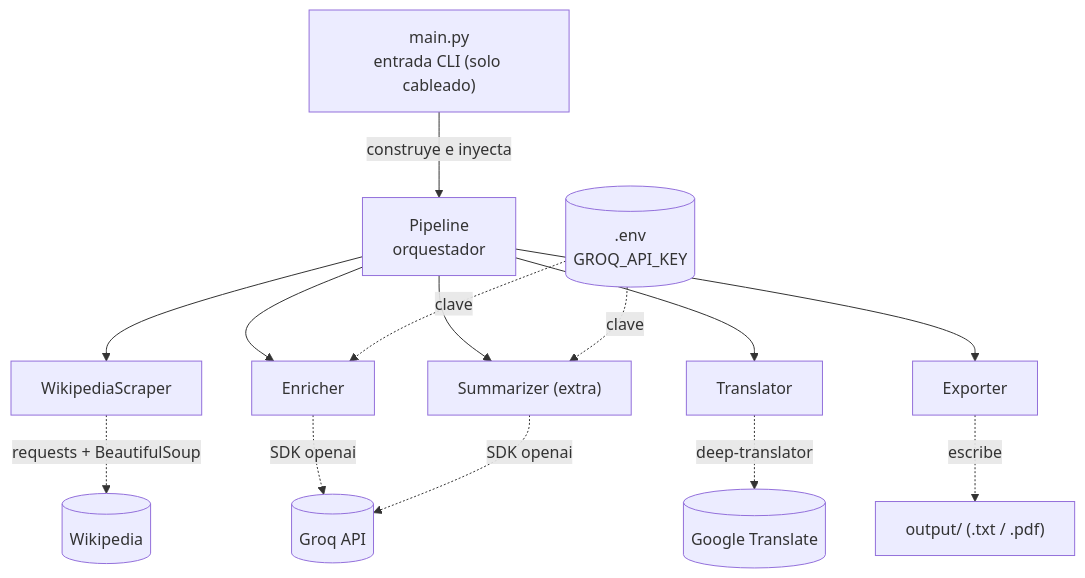
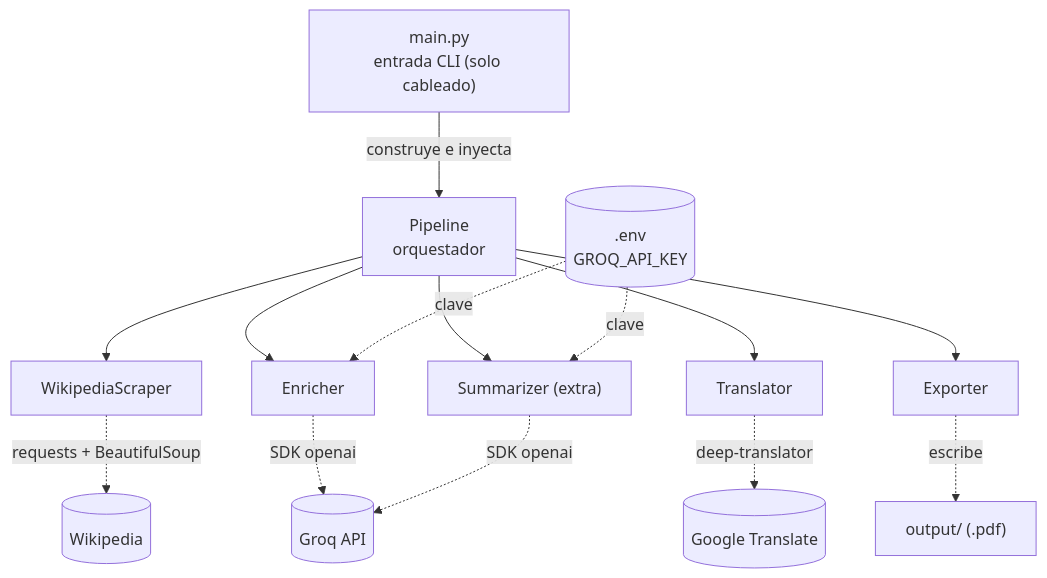
One commit to DhanaCorredor/Content-Enrichment changed the second of 3 diagrams in docs/NOTION.md. Above: the diagram before and after it, drawn with Mermaid. The commit also changed other lines of this file and 2 other files, not shown here.

Commit message:
docs: drop TXT export, document PDF as the only output format

````diff
--- a/docs/NOTION.md
+++ b/docs/NOTION.md
@@ -64,19 +64,19 @@
 ```mermaid
 flowchart TD
     M["main.py<br/>entrada CLI (solo cableado)"] -->|construye e inyecta| P["Pipeline<br/>orquestador"]
 
     P --> S["WikipediaScraper"]
     P --> E["Enricher"]
     P --> T["Translator"]
     P --> SU["Summarizer (extra)"]
     P --> X["Exporter"]
 
     S -.->|requests + BeautifulSoup| W[("Wikipedia")]
     E -.->|SDK openai| G[("Groq API")]
     SU -.->|SDK openai| G
     T -.->|deep-translator| GT[("Google Translate")]
-    X -.->|escribe| F["output/ (.txt / .pdf)"]
+    X -.->|escribe| F["output/ (.pdf)"]
 
     ENV[(".env<br/>GROQ_API_KEY")] -.->|clave| E
     ENV -.->|clave| SU
 ```
````
